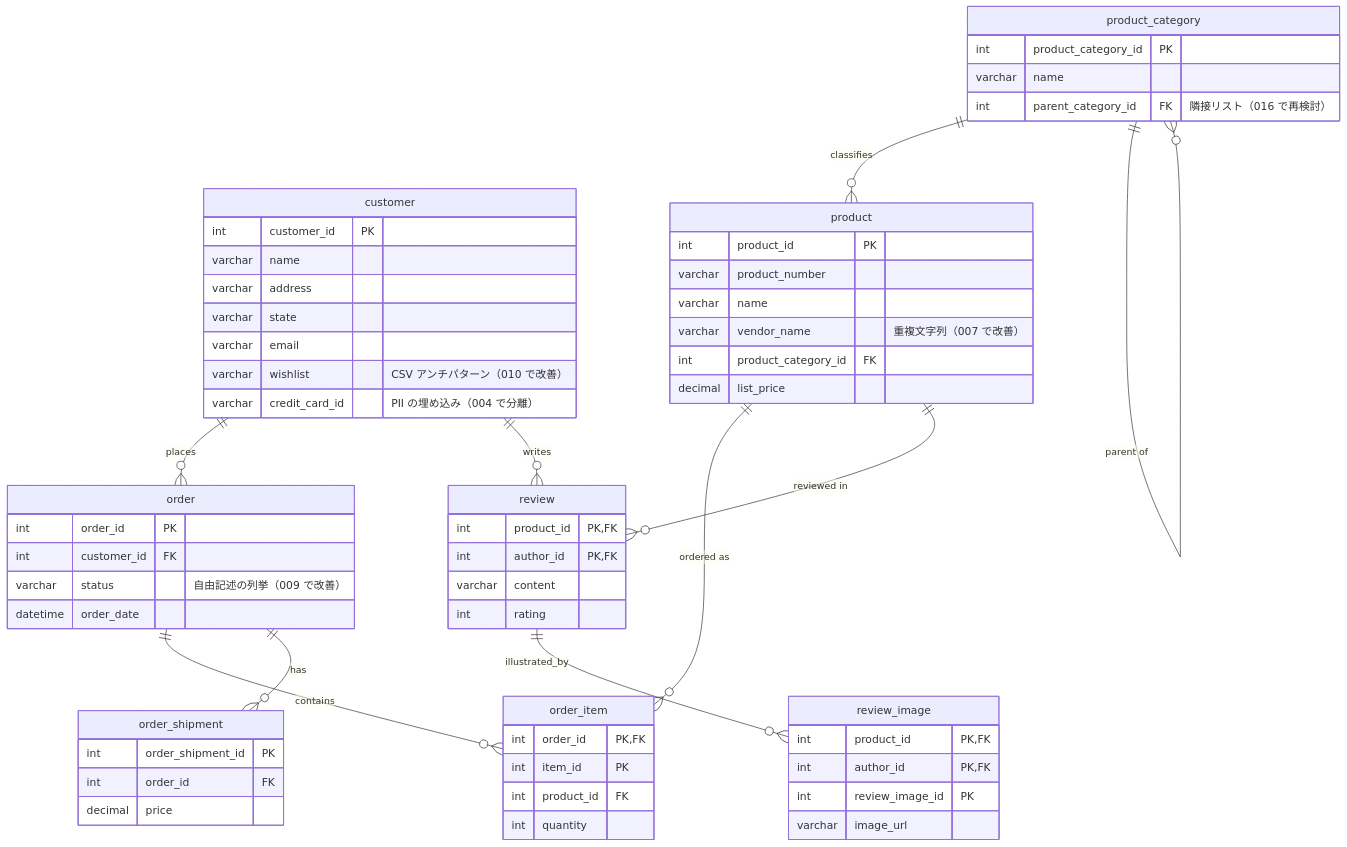
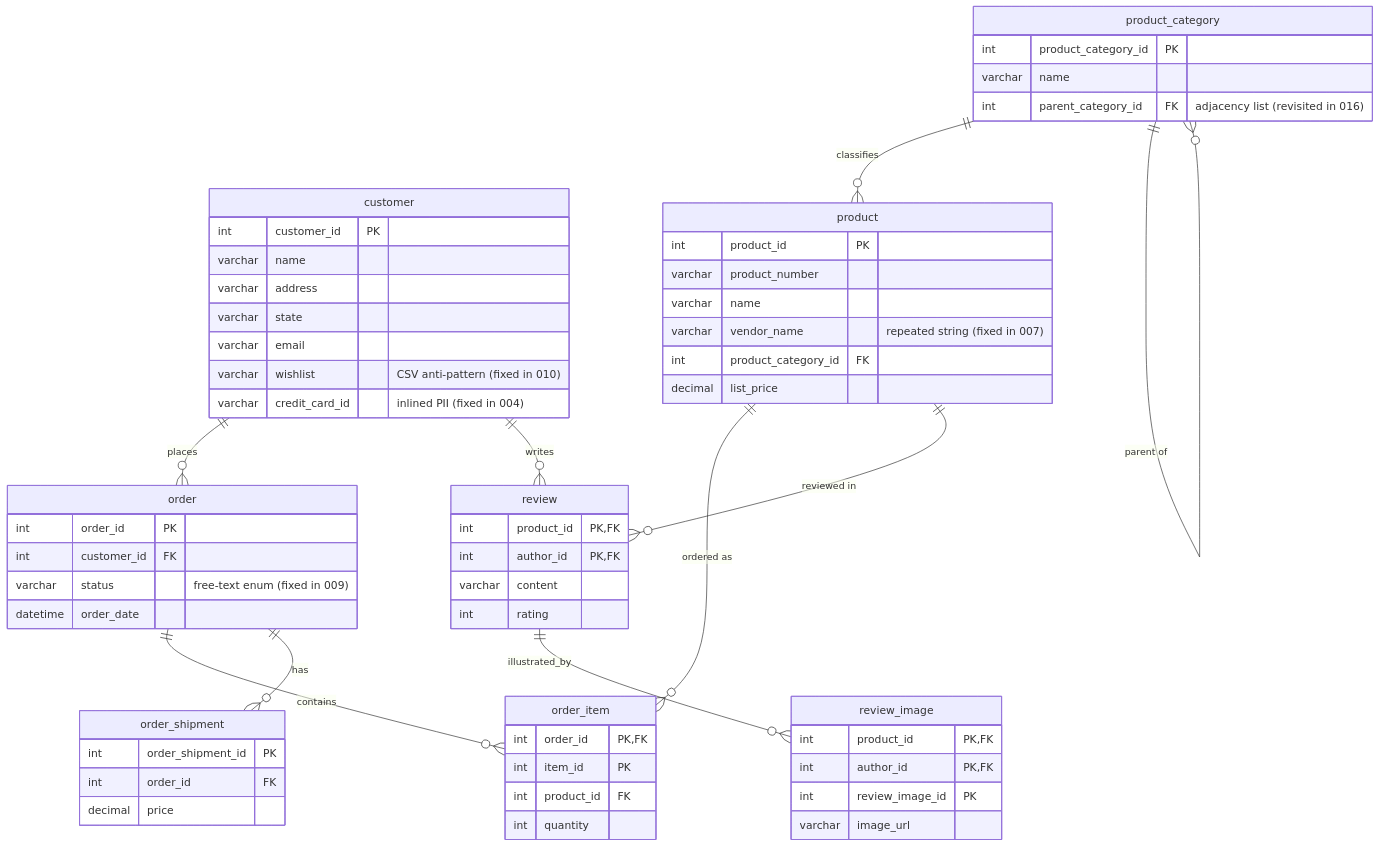
Before and after one commit to dotNetGaijin87/sql-database-design-patterns: the first of 2 diagrams in README.md, drawn with Mermaid. The commit also changed other lines of this file and 2 other files, not shown here.

````diff
--- a/README.md
+++ b/README.md
@@ -27,64 +19,64 @@
 ```mermaid
 erDiagram
     customer ||--o{ order : places
     customer ||--o{ review : writes
     order ||--o{ order_item : contains
     order ||--o{ order_shipment : has
     product_category ||--o{ product : classifies
     product_category ||--o{ product_category : "parent of"
     product ||--o{ order_item : "ordered as"
     product ||--o{ review : "reviewed in"
     review ||--o{ review_image : illustrated_by
 
     customer {
         int customer_id PK
         varchar name
         varchar address
         varchar state
         varchar email
-        varchar wishlist "CSV アンチパターン（010 で改善）"
-        varchar credit_card_id "PII の埋め込み（004 で分離）"
+        varchar wishlist "CSV anti-pattern (fixed in 010)"
+        varchar credit_card_id "inlined PII (fixed in 004)"
     }
     product {
         int product_id PK
         varchar product_number
         varchar name
-        varchar vendor_name "重複文字列（007 で改善）"
+        varchar vendor_name "repeated string (fixed in 007)"
         int product_category_id FK
         decimal list_price
     }
     product_category {
         int product_category_id PK
         varchar name
-        int parent_category_id FK "隣接リスト（016 で再検討）"
+        int parent_category_id FK "adjacency list (revisited in 016)"
     }
     order {
         int order_id PK
         int customer_id FK
-        varchar status "自由記述の列挙（009 で改善）"
+        varchar status "free-text enum (fixed in 009)"
         datetime order_date
     }
     order_item {
         int order_id PK,FK
         int item_id PK
         int product_id FK
         int quantity
     }
     order_shipment {
         int order_shipment_id PK
         int order_id FK
         decimal price
     }
     review {
         int product_id PK,FK
         int author_id PK,FK
         varchar content
         int rating
     }
     review_image {
         int product_id PK,FK
         int author_id PK,FK
         int review_image_id PK
         varchar image_url
     }
 ```
````
